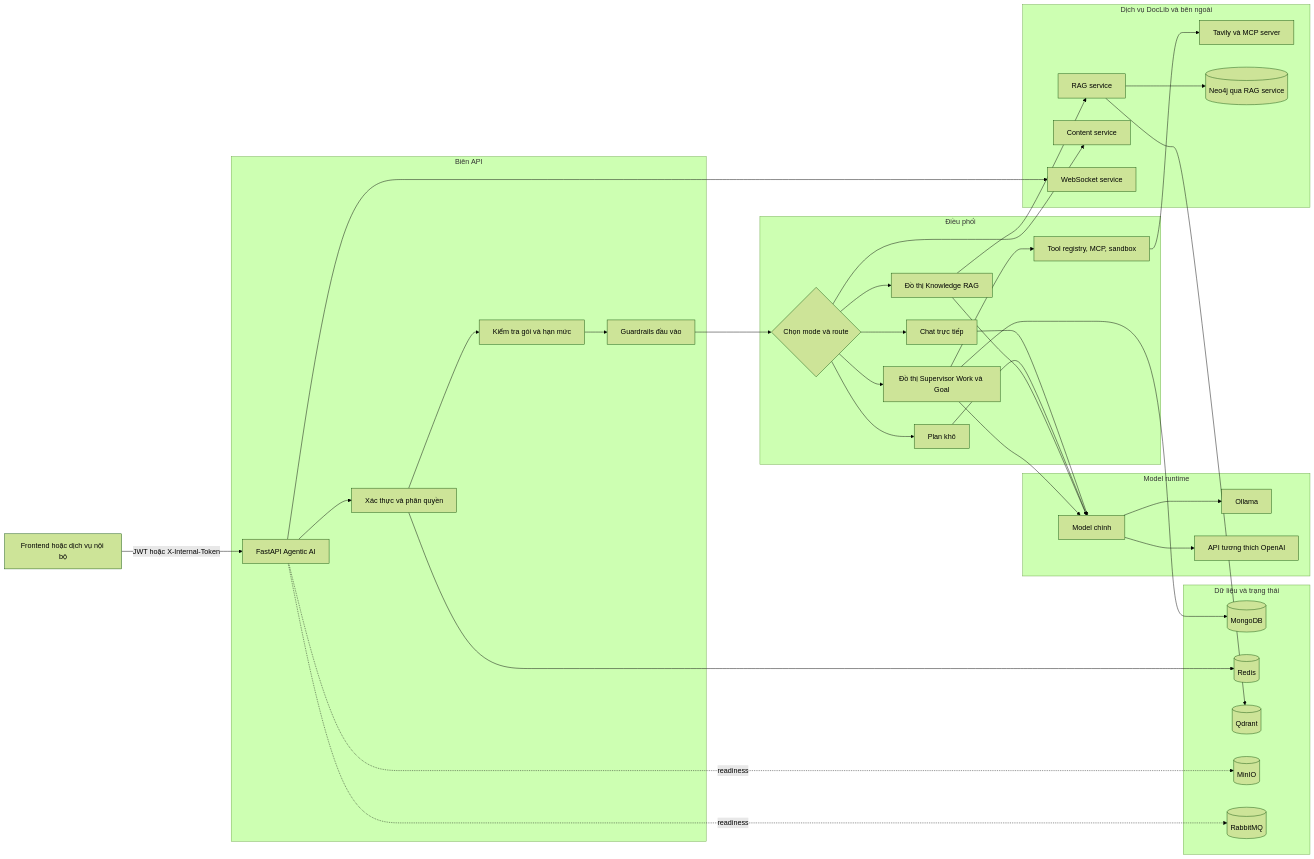
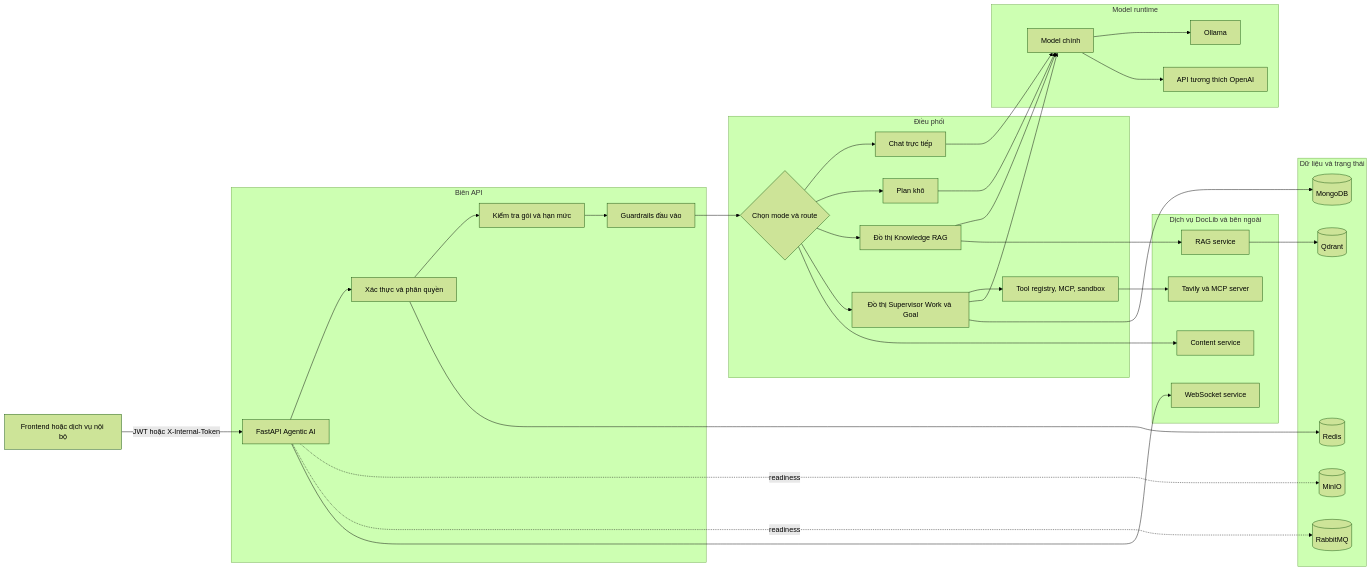
One commit to MinTruqday/dl changed the first of 10 diagrams in agentic_ai_workflow_and_architecture_guide_3.md. Above: the diagram before and after it, drawn with Mermaid (forest theme). The commit also changed other lines of this file and 59 other files, not shown here.

````diff
--- a/agentic_ai_workflow_and_architecture_guide_3.md
+++ b/agentic_ai_workflow_and_architecture_guide_3.md
@@ -5,55 +5,53 @@
 ```mermaid
 flowchart LR
     Client[Frontend hoặc dịch vụ nội bộ] -->|JWT hoặc X-Internal-Token| API[FastAPI Agentic AI]
 
     subgraph Entry[Biên API]
         API --> Auth[Xác thực và phân quyền]
         Auth --> Quota[Kiểm tra gói và hạn mức]
         Quota --> GuardIn[Guardrails đầu vào]
     end
 
     subgraph Core[Điều phối]
         GuardIn --> Router{Chọn mode và route}
         Router --> Direct[Chat trực tiếp]
         Router --> Plan[Plan khô]
         Router --> Knowledge[Đồ thị Knowledge RAG]
         Router --> Supervisor[Đồ thị Supervisor Work và Goal]
         Supervisor --> Tools[Tool registry, MCP, sandbox]
     end
 
     subgraph Model[Model runtime]
         Direct --> LLM[Model chính]
         Plan --> LLM
         Knowledge --> LLM
         Supervisor --> LLM
         LLM --> Ollama[Ollama]
         LLM --> OpenAICompat[API tương thích OpenAI]
     end
 
     subgraph State[Dữ liệu và trạng thái]
         Mongo[(MongoDB)]
         Redis[(Redis)]
         Qdrant[(Qdrant)]
         MinIO[(MinIO)]
         MQ[(RabbitMQ)]
     end
 
     subgraph Services[Dịch vụ DocLib và bên ngoài]
         RagSvc[RAG service]
         Content[Content service]
         WS[WebSocket service]
         Web[Tavily và MCP server]
-        Neo4j[(Neo4j qua RAG service)]
     end
 
     Supervisor --> Mongo
     Auth --> Redis
     Knowledge --> RagSvc
     RagSvc --> Qdrant
-    RagSvc --> Neo4j
     API -. readiness .-> MinIO
     API -. readiness .-> MQ
     Router --> Content
     Tools --> Web
     API --> WS
 ```
````
